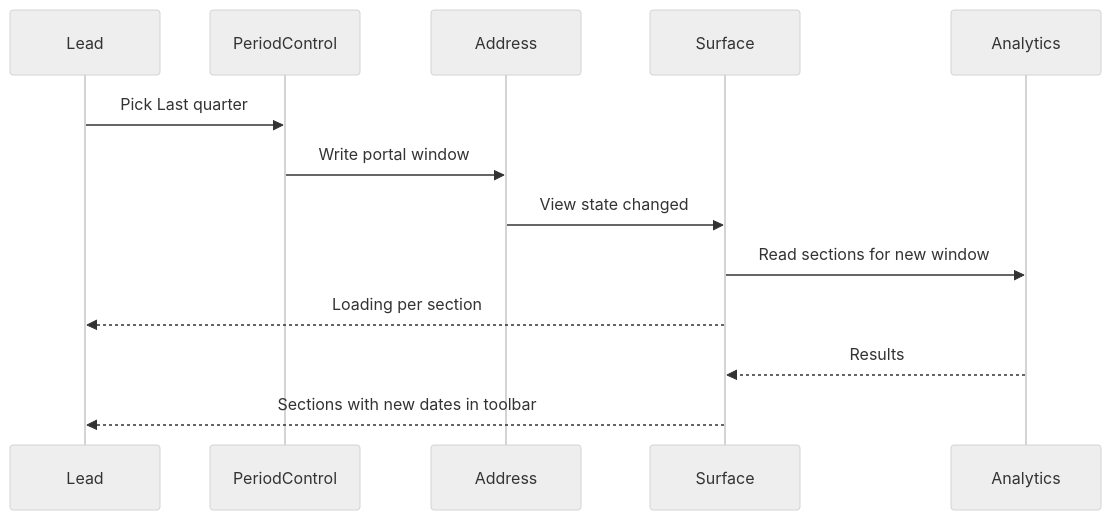
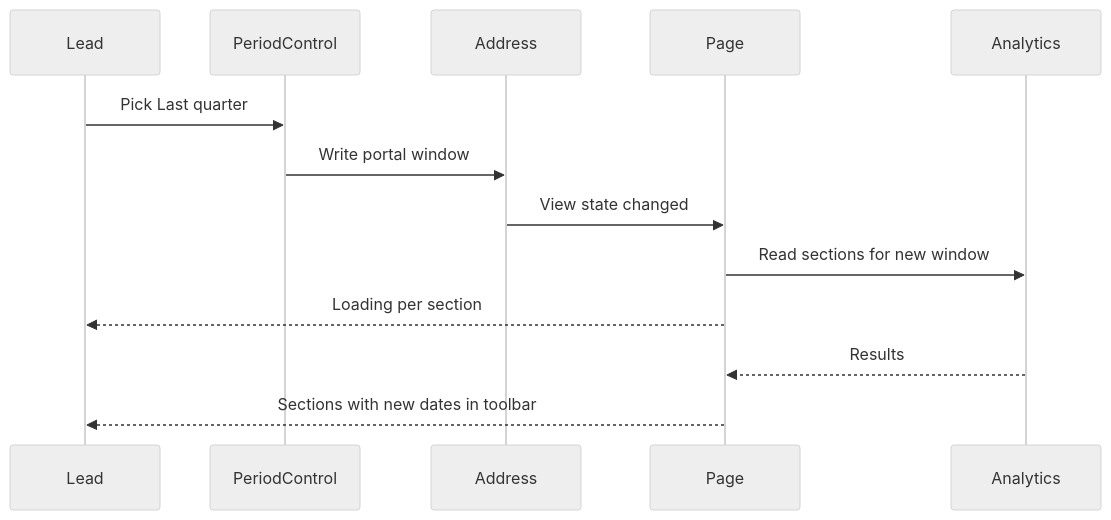
The third of 5 diagrams in docs/components/frontend/specs/DESIGN.md (constructorfabric/insight), drawn with Mermaid (neutral theme) before and after one commit. The commit also changed other lines of this file and 2 other files, not shown here.

````diff
--- a/docs/components/frontend/specs/DESIGN.md
+++ b/docs/components/frontend/specs/DESIGN.md
@@ -552,10 +597,10 @@
 ```mermaid
 sequenceDiagram
     Lead ->> PeriodControl: Pick Last quarter
     PeriodControl ->> Address: Write portal window
-    Address ->> Surface: View state changed
-    Surface ->> Analytics: Read sections for new window
-    Surface -->> Lead: Loading per section
-    Analytics -->> Surface: Results
-    Surface -->> Lead: Sections with new dates in toolbar
+    Address ->> Page: View state changed
+    Page ->> Analytics: Read sections for new window
+    Page -->> Lead: Loading per section
+    Analytics -->> Page: Results
+    Page -->> Lead: Sections with new dates in toolbar
 ```
````
